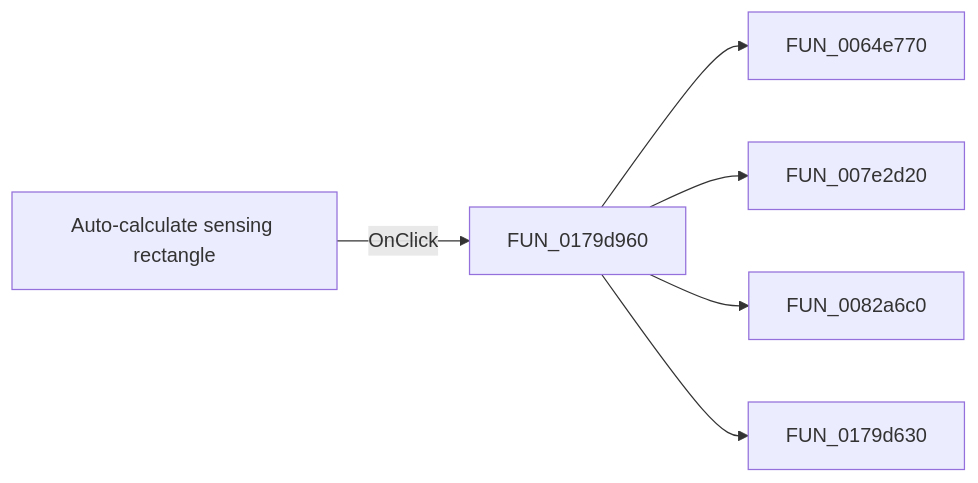
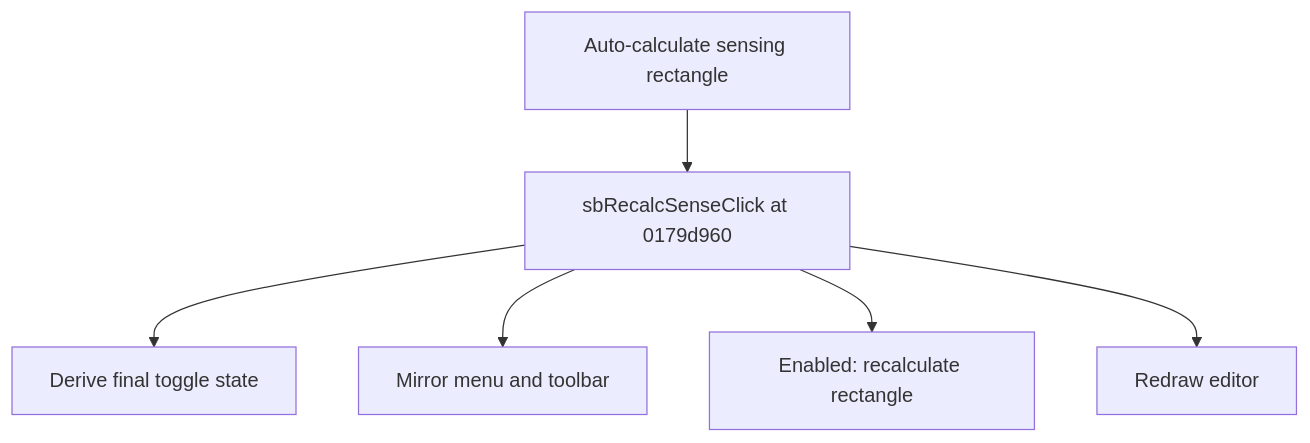
Before and after one commit to MovGP0/TIARA: the diagram in docs/ui-controls/shapeedit/sbrecalcsense-f884202c4c.md, drawn with Mermaid. The commit also changed other lines of this file and 1062 other files, not shown here.

````diff
--- a/docs/ui-controls/shapeedit/sbrecalcsense-f884202c4c.md
+++ b/docs/ui-controls/shapeedit/sbrecalcsense-f884202c4c.md
@@ -27,8 +27,8 @@
 ```mermaid
-flowchart LR
-    control["Auto-calculate sensing rectangle"] -->|OnClick| handler["FUN_0179d960"]
-    handler --> call1["FUN_0064e770"]
-    handler --> call2["FUN_007e2d20"]
-    handler --> call3["FUN_0082a6c0"]
-    handler --> call4["FUN_0179d630"]
+flowchart TD
+    control["Auto-calculate sensing rectangle"] --> handler["sbRecalcSenseClick at 0179d960"]
+    handler --> step1["Derive final toggle state"]
+    handler --> step2["Mirror menu and toolbar"]
+    handler --> step3["Enabled: recalculate rectangle"]
+    handler --> step4["Redraw editor"]
 ```
````
